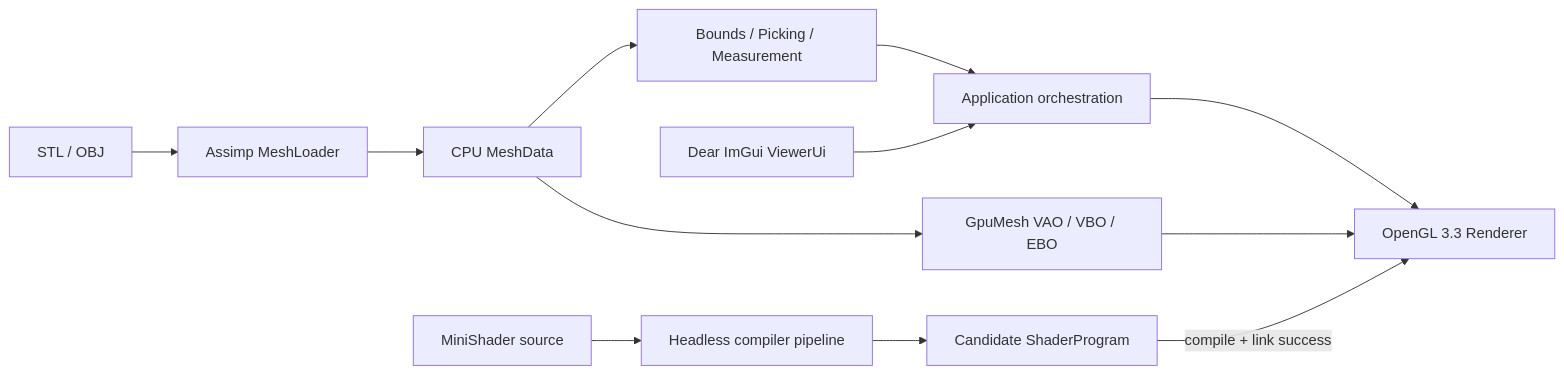
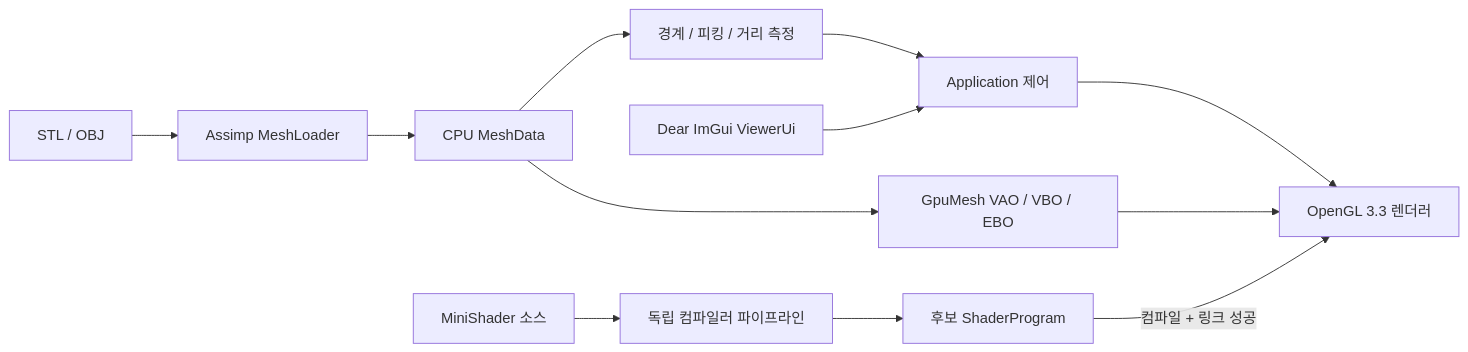
Before and after one commit to leeleemaster/OpenGL_MSVC: the diagram in README.md, drawn with Mermaid. The commit also changed other lines of this file and 41 other files, not shown here.

````diff
--- a/README.md
+++ b/README.md
@@ -59,14 +58,14 @@
 ```mermaid
 flowchart LR
     File["STL / OBJ"] --> IO["Assimp MeshLoader"]
     IO --> CPU["CPU MeshData"]
-    CPU --> Geometry["Bounds / Picking / Measurement"]
+    CPU --> Geometry["경계 / 피킹 / 거리 측정"]
     CPU --> GPU["GpuMesh VAO / VBO / EBO"]
-    UI["Dear ImGui ViewerUi"] --> App["Application orchestration"]
+    UI["Dear ImGui ViewerUi"] --> App["Application 제어"]
     Geometry --> App
-    GPU --> Renderer["OpenGL 3.3 Renderer"]
-    Source["MiniShader source"] --> Compiler["Headless compiler pipeline"]
-    Compiler --> Candidate["Candidate ShaderProgram"]
-    Candidate -->|"compile + link success"| Renderer
+    GPU --> Renderer["OpenGL 3.3 렌더러"]
+    Source["MiniShader 소스"] --> Compiler["독립 컴파일러 파이프라인"]
+    Compiler --> Candidate["후보 ShaderProgram"]
+    Candidate -->|"컴파일 + 링크 성공"| Renderer
     App --> Renderer
 ```
````
